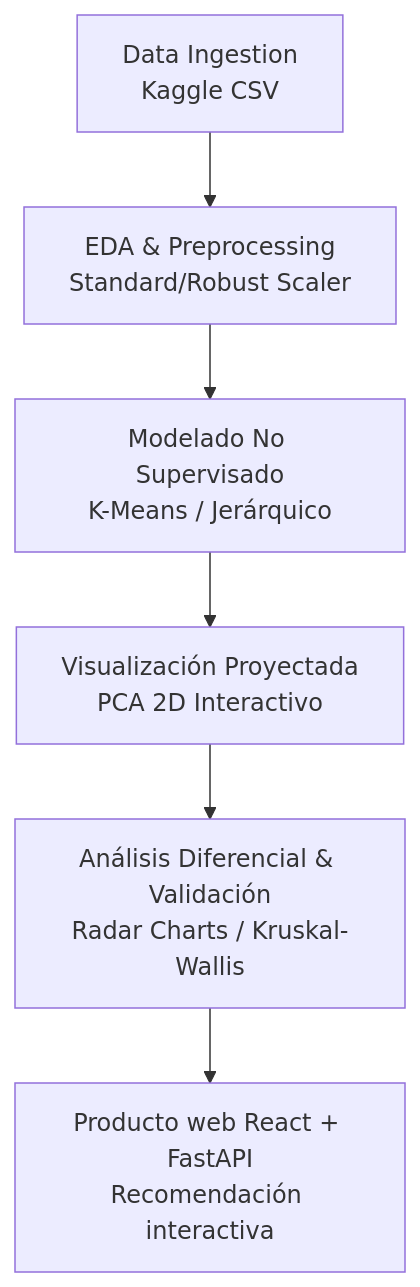
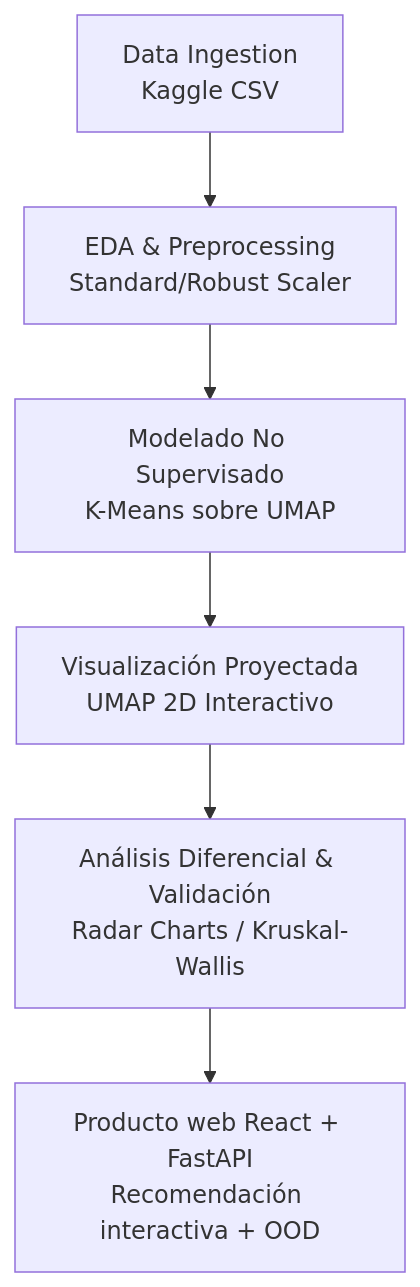
One commit to Dmgar/Project_Terra changed the diagram in README.md. Above: the diagram before and after it, drawn with Mermaid. The commit also changed other lines of this file and 13 other files, not shown here.

````diff
--- a/README.md
+++ b/README.md
@@ -100,8 +100,8 @@
 ```mermaid
 flowchart TD
     A[Data Ingestion<br>Kaggle CSV] --> B[EDA & Preprocessing<br>Standard/Robust Scaler]
-    B --> C[Modelado No Supervisado<br>K-Means / Jerárquico]
-    C --> D[Visualización Proyectada<br>PCA 2D Interactivo]
+    B --> C[Modelado No Supervisado<br>K-Means sobre UMAP]
+    C --> D[Visualización Proyectada<br>UMAP 2D Interactivo]
     D --> E[Análisis Diferencial & Validación<br>Radar Charts / Kruskal-Wallis]
-    E --> F[Producto web React + FastAPI<br>Recomendación interactiva]
+    E --> F[Producto web React + FastAPI<br>Recomendación interactiva + OOD]
 ```
````
